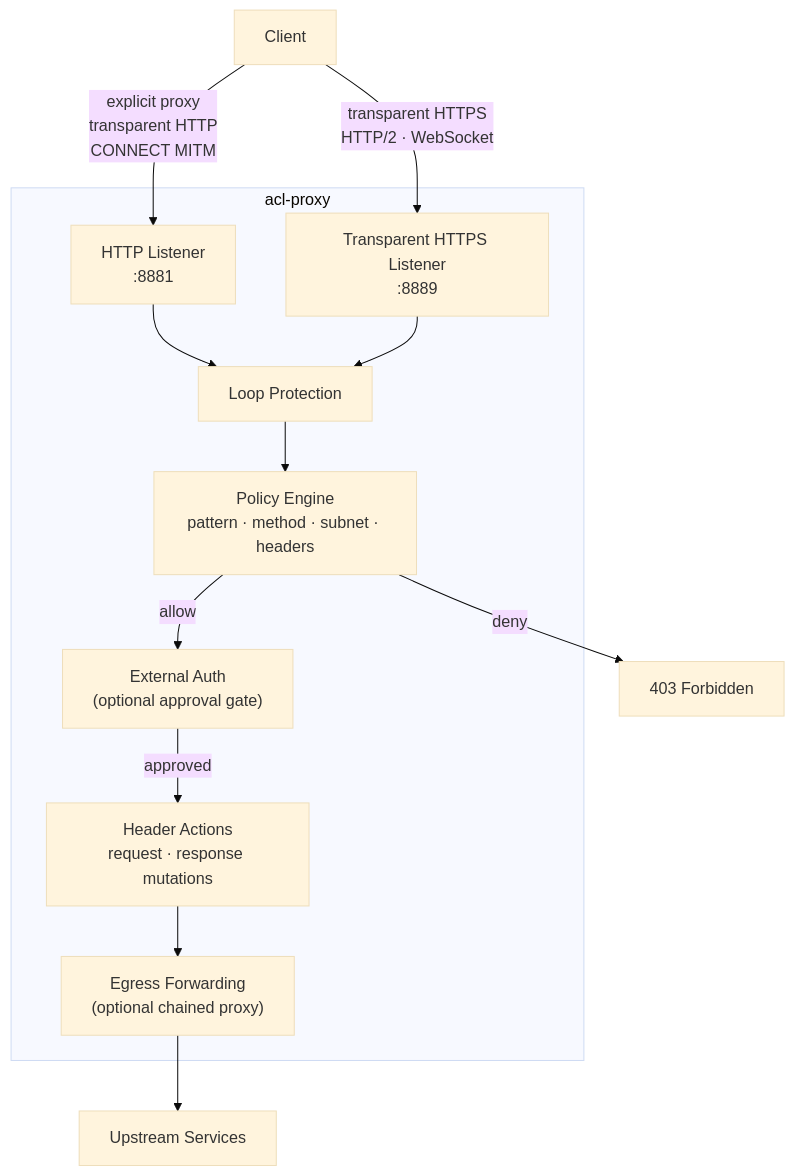
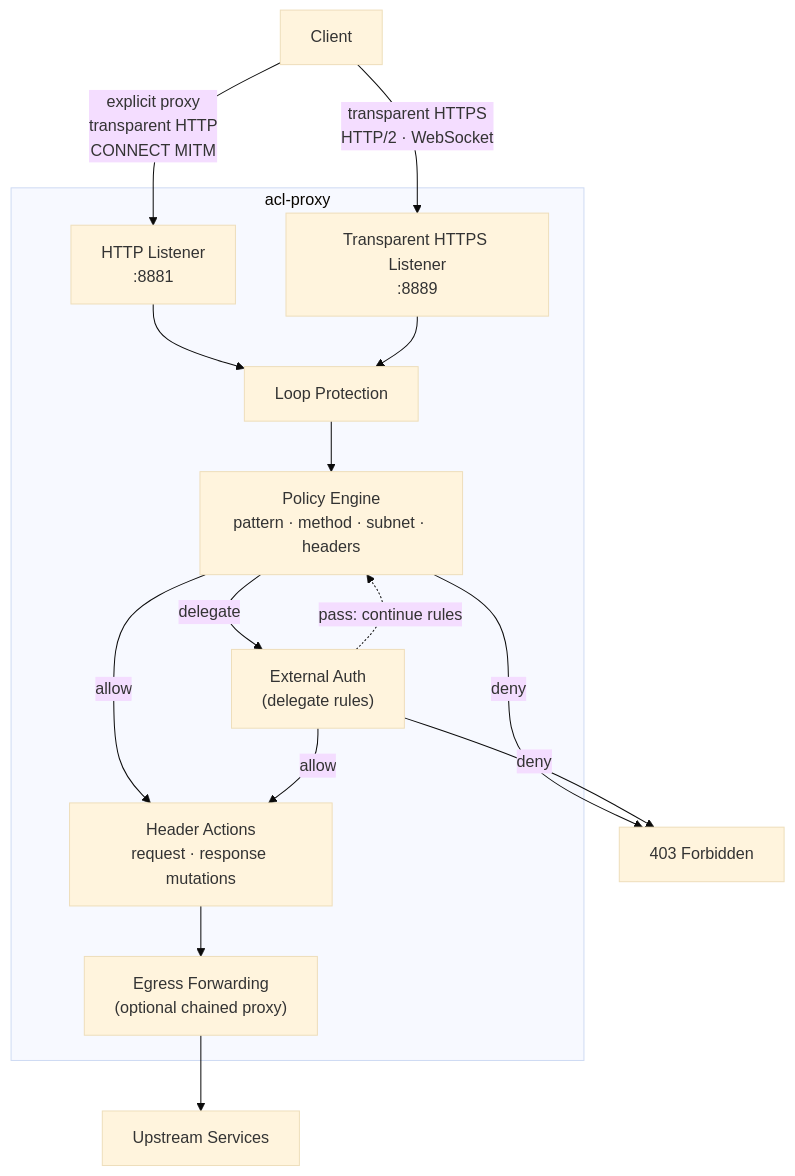
One commit to kcosr/acl-proxy changed the first of 4 diagrams in README.md. Above: the diagram before and after it, drawn with Mermaid (base theme). The commit also changed other lines of this file and 17 other files, not shown here.

````diff
--- a/README.md
+++ b/README.md
@@ -27,27 +27,30 @@
 ```mermaid
 graph TB
     Client["Client"]
 
     subgraph acl-proxy
         HTTP["HTTP Listener<br/>:8881"]
         HTTPS["Transparent HTTPS Listener<br/>:8889"]
         LP["Loop Protection"]
         PE["Policy Engine<br/>pattern · method · subnet · headers"]
-        EA["External Auth<br/>(optional approval gate)"]
+        EA["External Auth<br/>(delegate rules)"]
         HA["Header Actions<br/>request · response mutations"]
         EF["Egress Forwarding<br/>(optional chained proxy)"]
     end
 
     Upstream["Upstream Services"]
 
     Client -->|"explicit proxy<br/>transparent HTTP<br/>CONNECT MITM"| HTTP
     Client -->|"transparent HTTPS<br/>HTTP/2 · WebSocket"| HTTPS
     HTTP --> LP
     HTTPS --> LP
     LP --> PE
-    PE -->|allow| EA
+    PE -->|allow| HA
+    PE -->|delegate| EA
     PE -->|deny| Deny["403 Forbidden"]
-    EA -->|approved| HA
+    EA -->|allow| HA
+    EA -->|deny| Deny
+    EA -.->|pass: continue rules| PE
     HA --> EF
     EF --> Upstream
 ```
````
